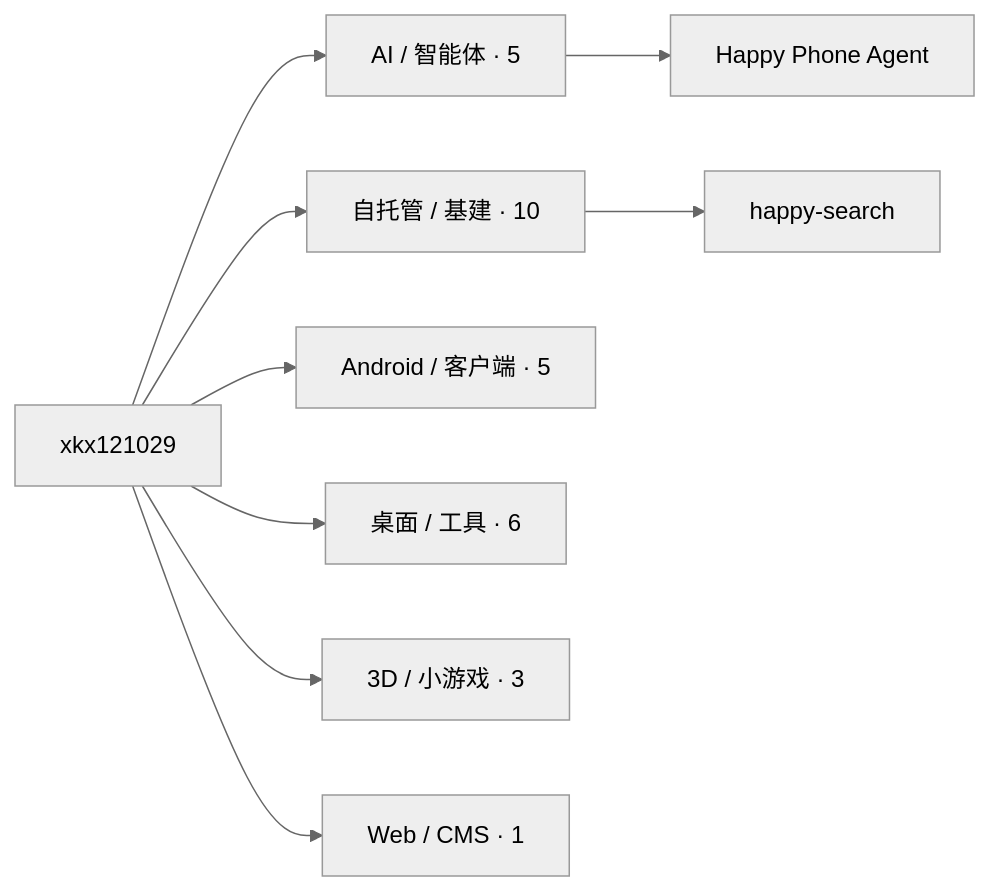
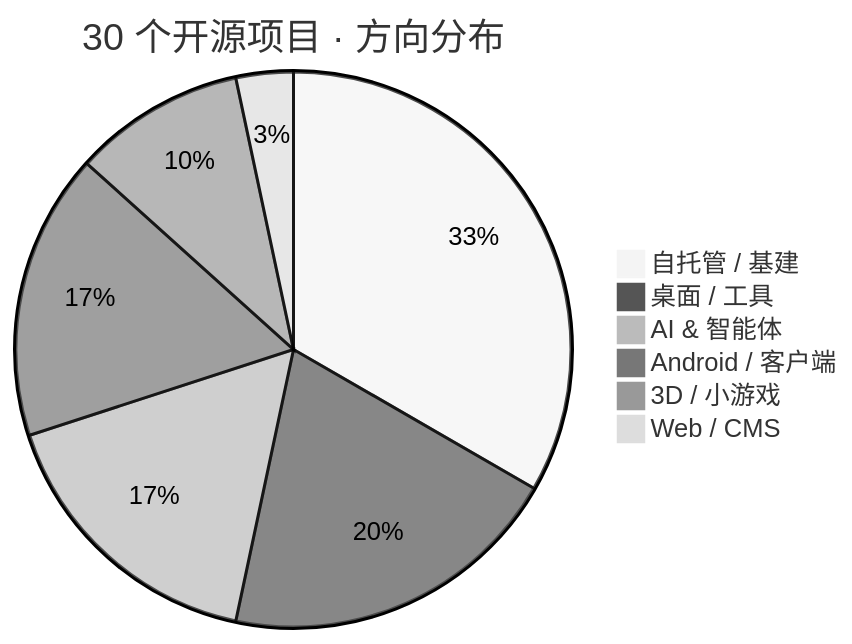
The second of 2 diagrams in README.md (xkx121029/xkx121029), drawn with Mermaid (neutral theme) before and after one commit. The commit also changed other lines of this file and 2 other files, not shown here.

Commit message:
feat: cooler profile README with native Mermaid, alerts and card walls

````diff
--- a/README.md
+++ b/README.md
@@ -111,11 +172,9 @@
 ```mermaid
-flowchart LR
-  ME["xkx121029"] --> AI["AI / 智能体 · 5"]
-  ME --> SELF["自托管 / 基建 · 10"]
-  ME --> MOBILE["Android / 客户端 · 5"]
-  ME --> DESK["桌面 / 工具 · 6"]
-  ME --> GAME["3D / 小游戏 · 3"]
-  ME --> WEB["Web / CMS · 1"]
-  AI --> P["Happy Phone Agent"]
-  SELF --> S["happy-search"]
+pie title 30 个开源项目 · 方向分布
+    "自托管 / 基建" : 10
+    "桌面 / 工具" : 6
+    "AI & 智能体" : 5
+    "Android / 客户端" : 5
+    "3D / 小游戏" : 3
+    "Web / CMS" : 1
 ```
````
